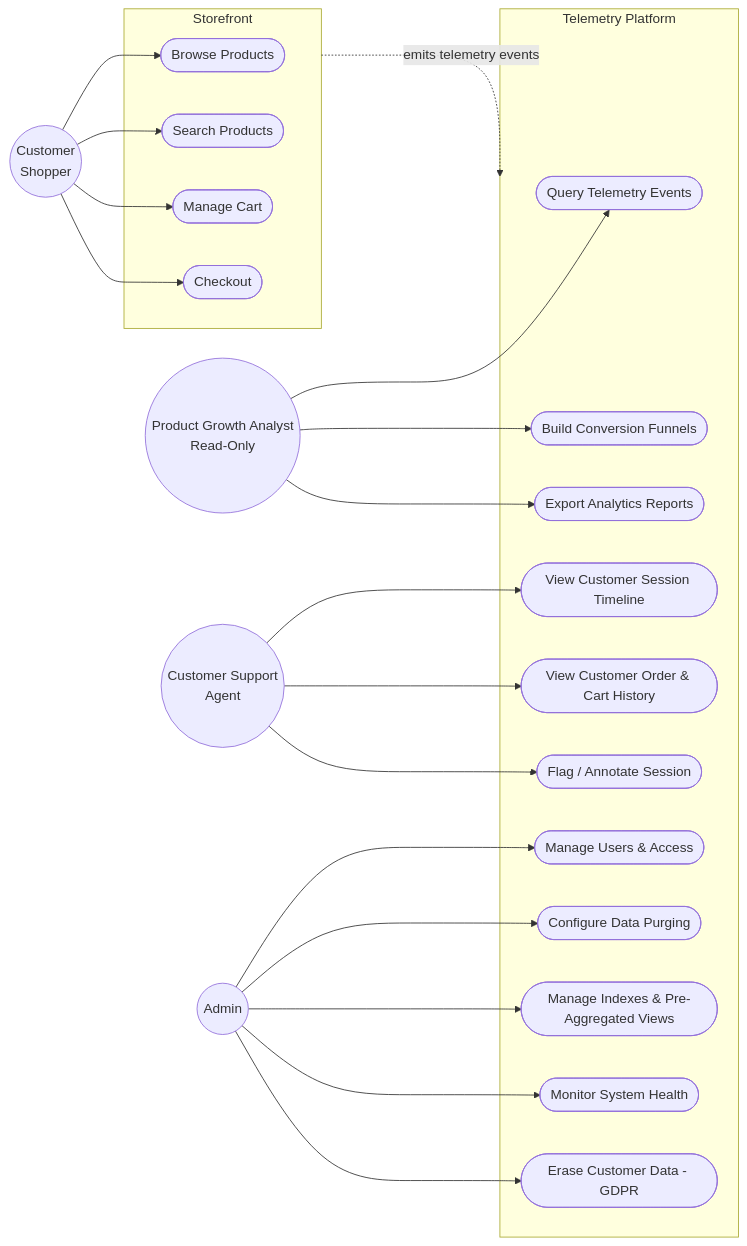
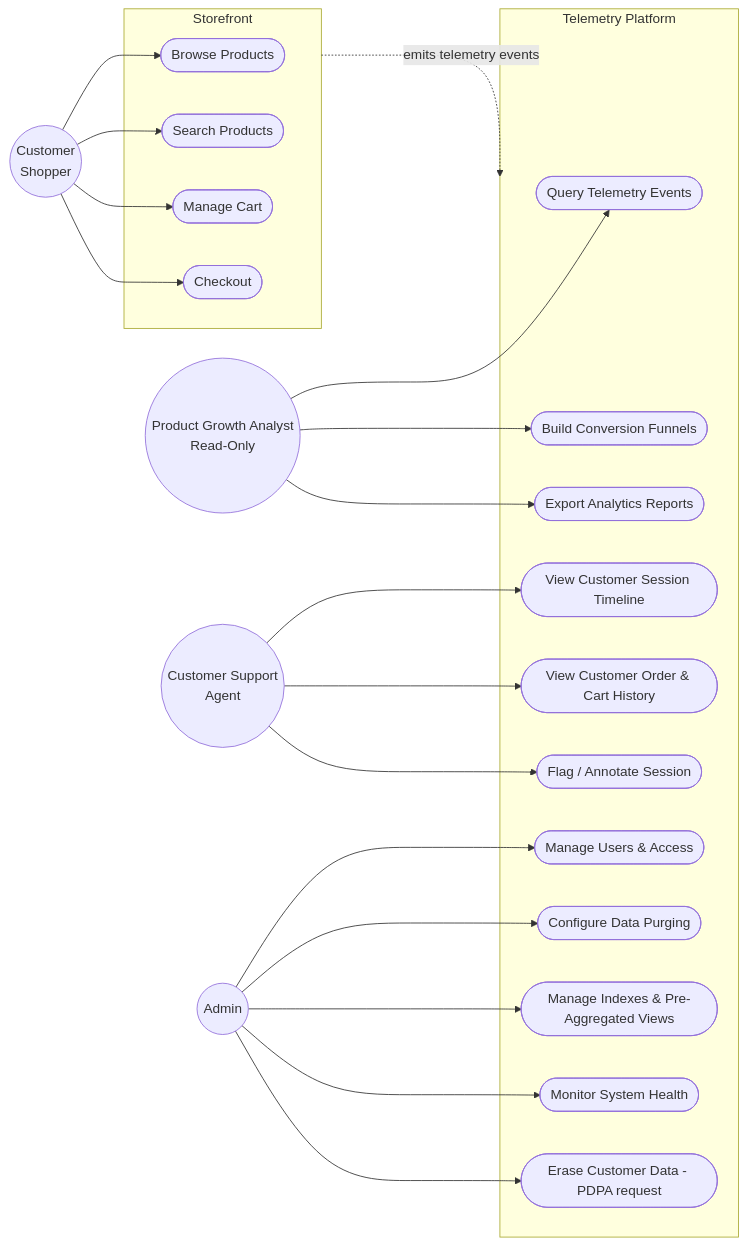
Before and after one commit to MaviR04/Cellora: the diagram in docs/use-cases-and-roles.md, drawn with Mermaid. The commit also changed other lines of this file and 36 other files, not shown here.

First line of the commit message:
Reframe UC15 under Sri Lanka's PDPA (No. 9 of 2022) instead of GDPR

````diff
--- a/docs/use-cases-and-roles.md
+++ b/docs/use-cases-and-roles.md
@@ -78,35 +96,35 @@
 ```mermaid
 flowchart LR
     Customer((Customer<br/>Shopper))
     Analyst((Product Growth Analyst<br/>Read-Only))
     Support((Customer Support<br/>Agent))
     Admin((Admin))
 
     subgraph Store[Storefront]
         UC8([Browse Products])
         UC9([Search Products])
         UC10([Manage Cart])
         UC11([Checkout])
     end
 
     subgraph App[Telemetry Platform]
         UC1([Query Telemetry Events])
         UC2([Build Conversion Funnels])
         UC3([Export Analytics Reports])
         UC12([View Customer Session Timeline])
         UC13([View Customer Order & Cart History])
         UC14([Flag / Annotate Session])
         UC4([Manage Users & Access])
         UC5([Configure Data Purging])
         UC6([Manage Indexes & Pre-Aggregated Views])
         UC7([Monitor System Health])
-        UC15([Erase Customer Data - GDPR])
+        UC15([Erase Customer Data - PDPA request])
     end
 
     Customer --> UC8 & UC9 & UC10 & UC11
     Analyst --> UC1 & UC2 & UC3
     Support --> UC12 & UC13 & UC14
     Admin --> UC4 & UC5 & UC6 & UC7 & UC15
 
     Store -. emits telemetry events .-> App
 ```
````
